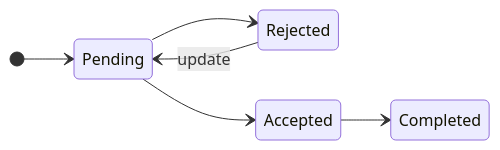
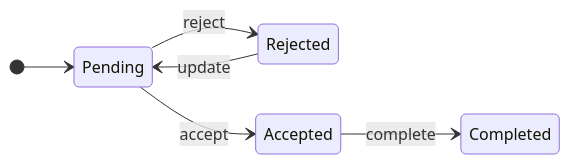
The diagram in project/diagrams/output/state-request-design.mmd (Hoglar/specDrivenDev), drawn with Mermaid before and after one commit. The commit also changed 3 other files, not shown here.

```diff
--- a/project/diagrams/output/state-request-design.mmd
+++ b/project/diagrams/output/state-request-design.mmd
@@ -1,13 +1,13 @@
 %% GENERATED by tools/verify.py -- do not edit; edit diagrams/input/state-request.drawio instead.
 %% The state machine of Request.
 stateDiagram-v2
     direction LR
     Pending
     Rejected
     Accepted
     Completed
     [*] --> Pending
-    Pending --> Accepted
+    Pending --> Accepted : accept
     Rejected --> Pending : update
-    Pending --> Rejected
-    Accepted --> Completed
+    Pending --> Rejected : reject
+    Accepted --> Completed : complete
```
